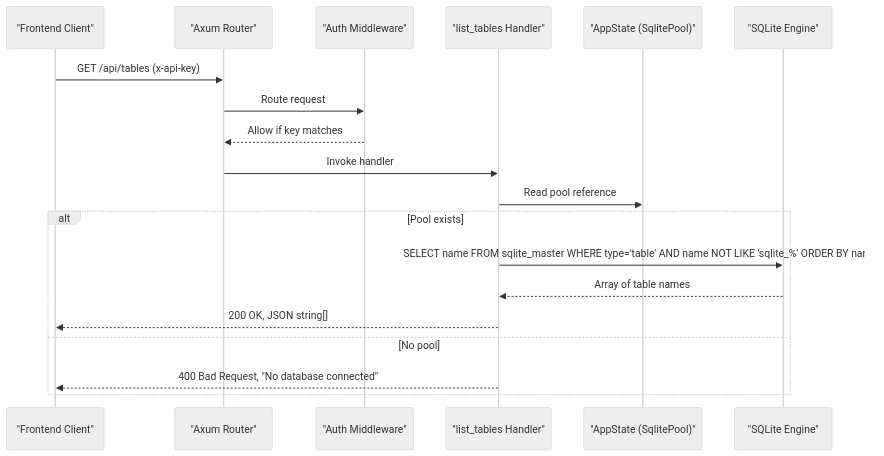
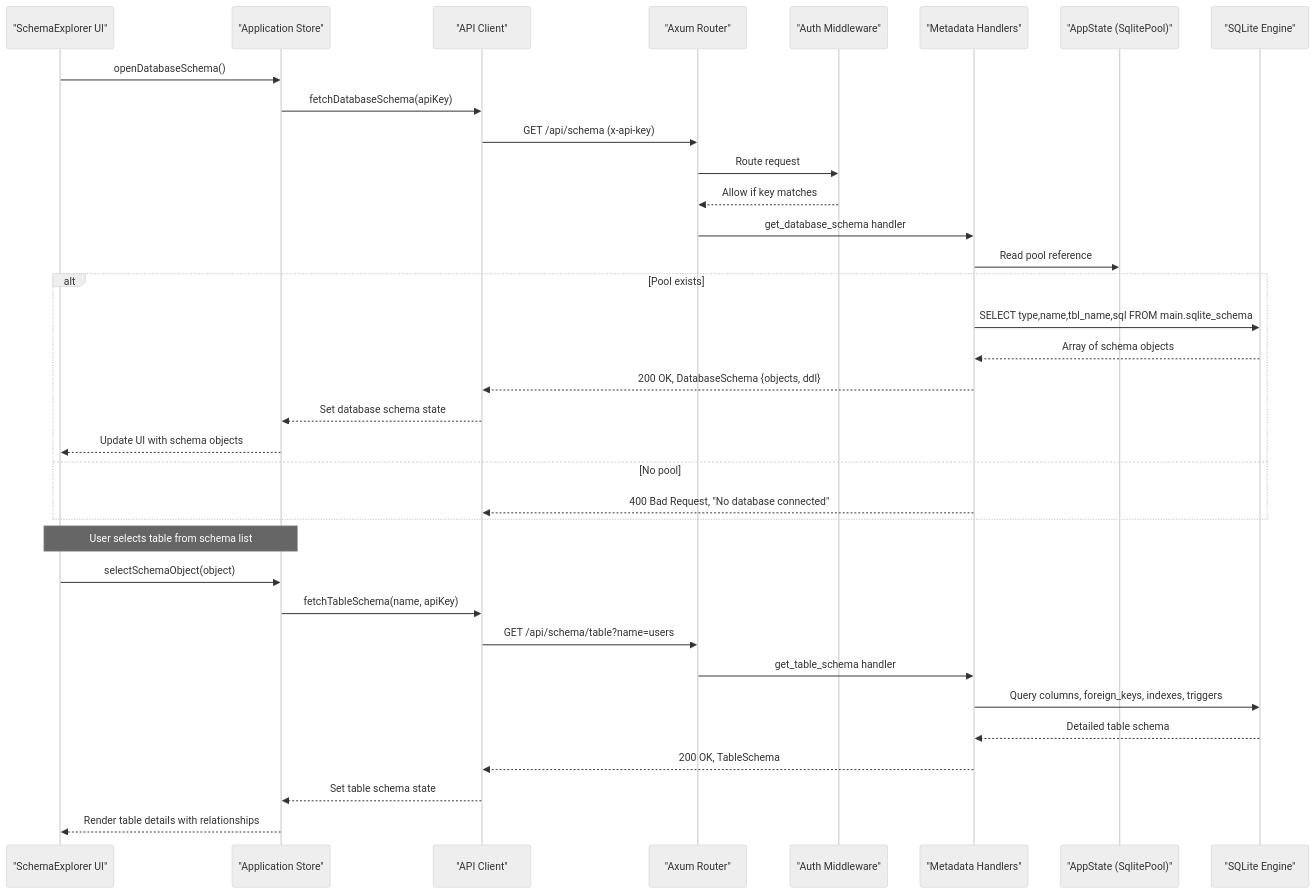
The second of 5 diagrams in .qoder/repowiki/en/content/API Reference/Database Metadata.md (sutanto1010/crablite), drawn with Mermaid (neutral theme) before and after one commit. The commit also changed other lines of this file and 25 other files, not shown here.

First line of the commit message:
feat(metadata): add comprehensive database schema and internals API endpoints

````diff
--- a/.qoder/repowiki/en/content/API Reference/Database Metadata.md
+++ b/.qoder/repowiki/en/content/API Reference/Database Metadata.md
@@ -80,21 +128,37 @@
 ```mermaid
 sequenceDiagram
-participant FE as "Frontend Client"
+participant FE as "SchemaExplorer UI"
+participant STORE as "Application Store"
+participant API as "API Client"
 participant AX as "Axum Router"
 participant MW as "Auth Middleware"
-participant HT as "list_tables Handler"
+participant HT as "Metadata Handlers"
 participant ST as "AppState (SqlitePool)"
 participant SQ as "SQLite Engine"
-FE->>AX : GET /api/tables (x-api-key)
+FE->>STORE : openDatabaseSchema()
+STORE->>API : fetchDatabaseSchema(apiKey)
+API->>AX : GET /api/schema (x-api-key)
 AX->>MW : Route request
 MW-->>AX : Allow if key matches
-AX->>HT : Invoke handler
+AX->>HT : get_database_schema handler
 HT->>ST : Read pool reference
 alt Pool exists
-HT->>SQ : SELECT name FROM sqlite_master WHERE type='table' AND name NOT LIKE 'sqlite_%' ORDER BY name
-SQ-->>HT : Array of table names
-HT-->>FE : 200 OK, JSON string[]
+HT->>SQ : SELECT type,name,tbl_name,sql FROM main.sqlite_schema
+SQ-->>HT : Array of schema objects
+HT-->>API : 200 OK, DatabaseSchema {objects, ddl}
+API-->>STORE : Set database schema state
+STORE-->>FE : Update UI with schema objects
 else No pool
-HT-->>FE : 400 Bad Request, "No database connected"
+HT-->>API : 400 Bad Request, "No database connected"
 end
+Note over FE,STORE : User selects table from schema list
+FE->>STORE : selectSchemaObject(object)
+STORE->>API : fetchTableSchema(name, apiKey)
+API->>AX : GET /api/schema/table?name=users
+AX->>HT : get_table_schema handler
+HT->>SQ : Query columns, foreign_keys, indexes, triggers
+SQ-->>HT : Detailed table schema
+HT-->>API : 200 OK, TableSchema
+API-->>STORE : Set table schema state
+STORE-->>FE : Render table details with relationships
 ```
````
